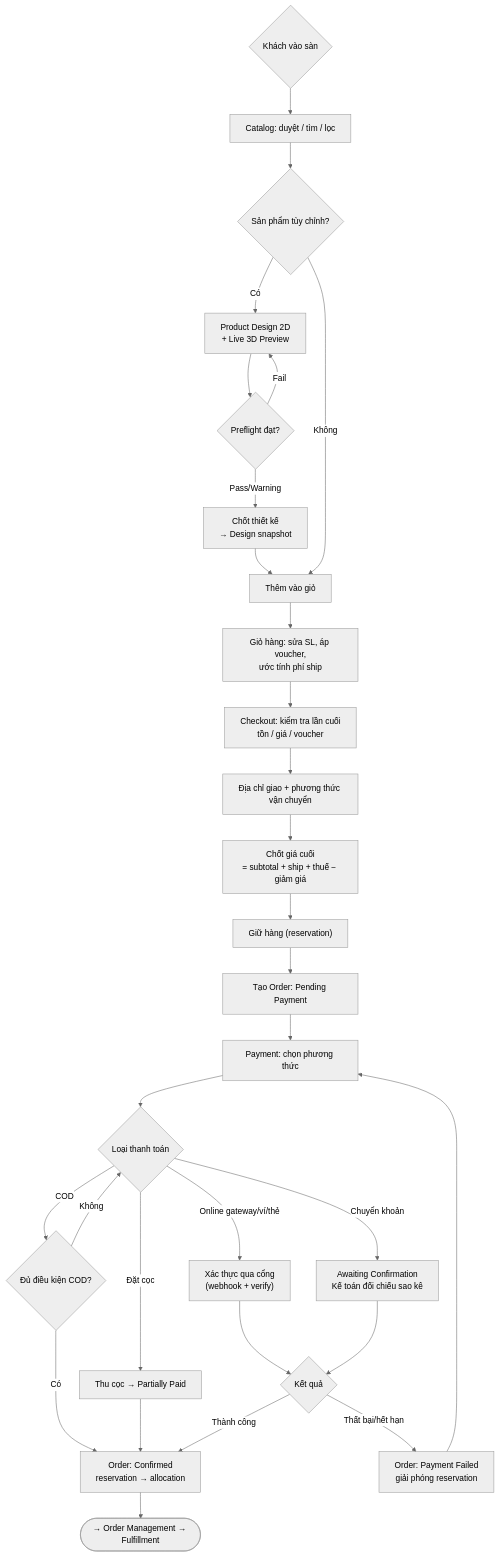
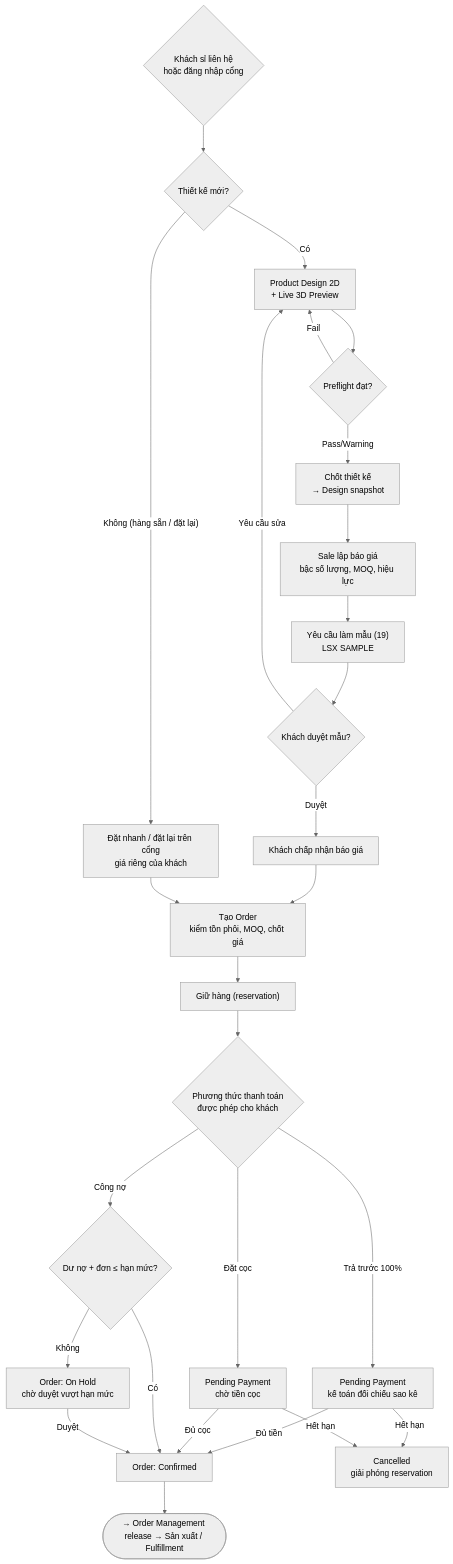
One commit to KLTN-FA26/docs changed the ninth of 12 diagrams in docs/diagrams/README.md. Above: the diagram before and after it, drawn with Mermaid (neutral theme). The commit also changed other lines of this file and 21 other files, not shown here.

````diff
--- a/docs/diagrams/README.md
+++ b/docs/diagrams/README.md
@@ -402,36 +404,30 @@
 ```mermaid
 flowchart TD
-    ENTRY{Khách vào sàn} --> BROWSE[Catalog: duyệt / tìm / lọc]
-    BROWSE --> KIND{Sản phẩm tùy chỉnh?}
-    KIND -- Có --> DESIGN[Product Design 2D\n+ Live 3D Preview]
+    ENTRY{Khách sỉ liên hệ\nhoặc đăng nhập cổng} --> PATH{Thiết kế mới?}
+    PATH -- Có --> DESIGN[Product Design 2D\n+ Live 3D Preview]
     DESIGN --> PREFLIGHT{Preflight đạt?}
     PREFLIGHT -- Fail --> DESIGN
     PREFLIGHT -- Pass/Warning --> CONFIRM_DSN["Chốt thiết kế\n→ Design snapshot"]
-    CONFIRM_DSN --> ADDCART
-    KIND -- Không --> ADDCART[Thêm vào giỏ]
+    CONFIRM_DSN --> QUOTE[Sale lập báo giá\nbậc số lượng, MOQ, hiệu lực]
+    QUOTE --> SAMPLE["Yêu cầu làm mẫu (19)\nLSX SAMPLE"]
+    SAMPLE --> SAMPLE_OK{Khách duyệt mẫu?}
+    SAMPLE_OK -- Yêu cầu sửa --> DESIGN
+    SAMPLE_OK -- Duyệt --> ACCEPT[Khách chấp nhận báo giá]
+    PATH -- "Không (hàng sẵn / đặt lại)" --> QUICK[Đặt nhanh / đặt lại trên cổng\ngiá riêng của khách]
+    ACCEPT --> ORDER[Tạo Order\nkiểm tồn phôi, MOQ, chốt giá]
+    QUICK --> ORDER
+    ORDER --> RESERVE["Giữ hàng (reservation)"]
+    RESERVE --> METHOD{Phương thức thanh toán\nđược phép cho khách}
+    METHOD -- Trả trước 100% --> BANK[Pending Payment\nkế toán đối chiếu sao kê]
+    METHOD -- Đặt cọc --> DEPOSIT[Pending Payment\nchờ tiền cọc]
+    METHOD -- Công nợ --> CREDIT{Dư nợ + đơn ≤ hạn mức?}
+    BANK -- Đủ tiền --> CONFIRMED
+    DEPOSIT -- Đủ cọc --> CONFIRMED
+    CREDIT -- Có --> CONFIRMED[Order: Confirmed]
+    CREDIT -- Không --> HOLD[Order: On Hold\nchờ duyệt vượt hạn mức]
+    HOLD -- Duyệt --> CONFIRMED
+    BANK -- Hết hạn --> CANCEL[Cancelled\ngiải phóng reservation]
+    DEPOSIT -- Hết hạn --> CANCEL
 
-    ADDCART --> CART[Giỏ hàng: sửa SL, áp voucher,\nước tính phí ship]
-    CART --> CHECKOUT[Checkout: kiểm tra lần cuối\ntồn / giá / voucher]
-    CHECKOUT --> ADDR[Địa chỉ giao + phương thức vận chuyển]
-    ADDR --> TOTALS[Chốt giá cuối\n= subtotal + ship + thuế − giảm giá]
-    TOTALS --> RESERVE["Giữ hàng (reservation)"]
-    RESERVE --> CREATE_ORDER[Tạo Order: Pending Payment]
-    CREATE_ORDER --> PAY[Payment: chọn phương thức]
-
-    PAY --> METHOD{Loại thanh toán}
-    METHOD -- Online gateway/ví/thẻ --> ONLINE["Xác thực qua cổng\n(webhook + verify)"]
-    METHOD -- Chuyển khoản --> BANK[Awaiting Confirmation\nKế toán đối chiếu sao kê]
-    METHOD -- COD --> CODCHK{Đủ điều kiện COD?}
-    METHOD -- Đặt cọc --> DEPOSIT[Thu cọc → Partially Paid]
-
-    ONLINE --> PAYRES{Kết quả}
-    BANK --> PAYRES
-    CODCHK -- Có --> CONFIRMED
-    CODCHK -- Không --> METHOD
-    DEPOSIT --> CONFIRMED
-    PAYRES -- Thành công --> CONFIRMED[Order: Confirmed\nreservation → allocation]
-    PAYRES -- Thất bại/hết hạn --> FAILED[Order: Payment Failed\ngiải phóng reservation]
-    FAILED --> PAY
-
-    CONFIRMED --> HANDOFF([→ Order Management → Fulfillment])
+    CONFIRMED --> HANDOFF([→ Order Management release → Sản xuất / Fulfillment])
 ```
````
